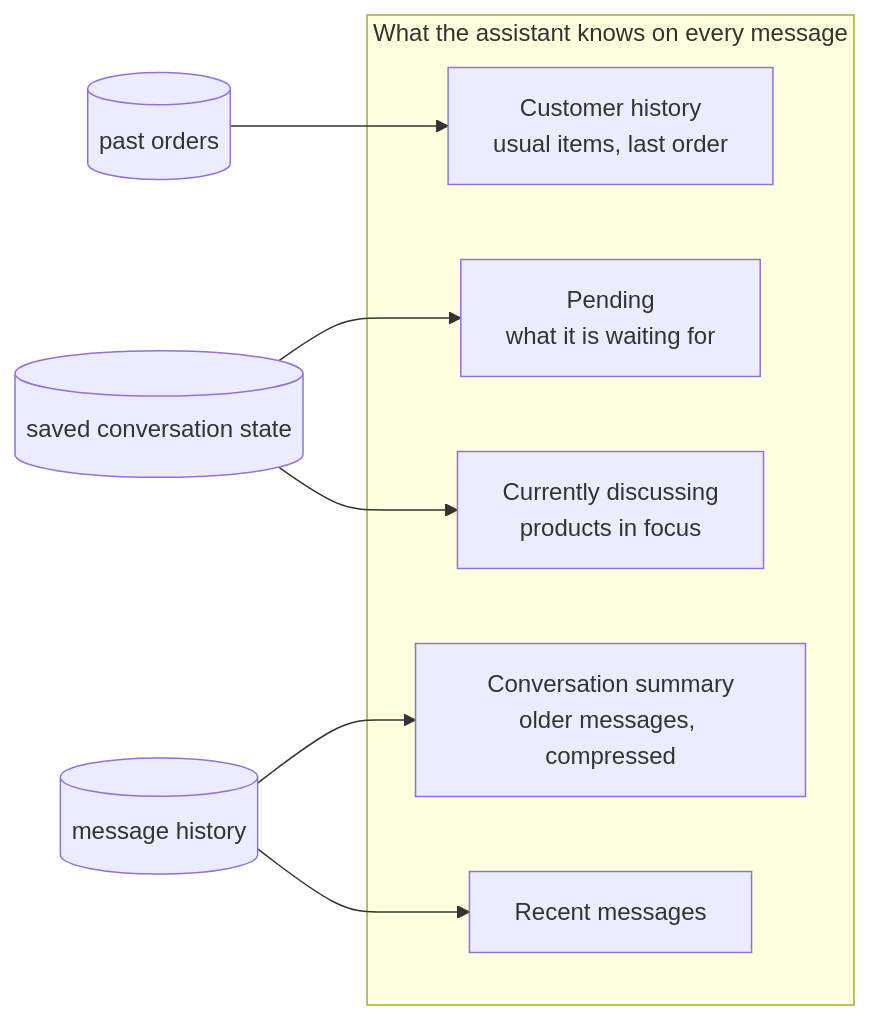
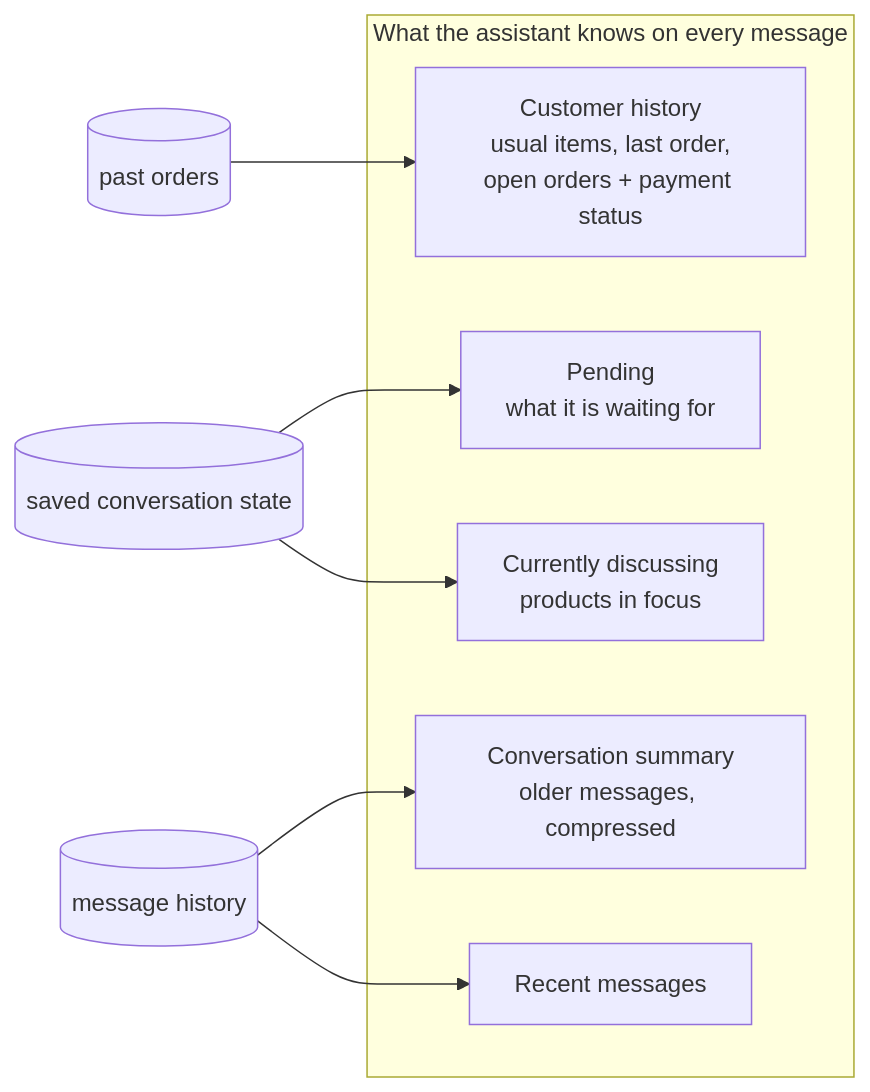
Before and after one commit to Nazir-Ahmed72/bizflow-ai: the ninth of 11 diagrams in README.md, drawn with Mermaid. The commit also changed other lines of this file and 18 other files, not shown here.

````diff
--- a/README.md
+++ b/README.md
@@ -233,15 +312,15 @@
 ```mermaid
 flowchart LR
     subgraph Context["What the assistant knows on every message"]
         P1["Pending<br/>what it is waiting for"]
-        P2["Customer history<br/>usual items, last order"]
+        P2["Customer history<br/>usual items, last order,<br/>open orders + payment status"]
         P3["Conversation summary<br/>older messages, compressed"]
         P4["Currently discussing<br/>products in focus"]
         P5["Recent messages"]
     end
     CP[("saved conversation state")] --> P1
     CP --> P4
     Orders[("past orders")] --> P2
     Msgs[("message history")] --> P3
     Msgs --> P5
 ```
````
